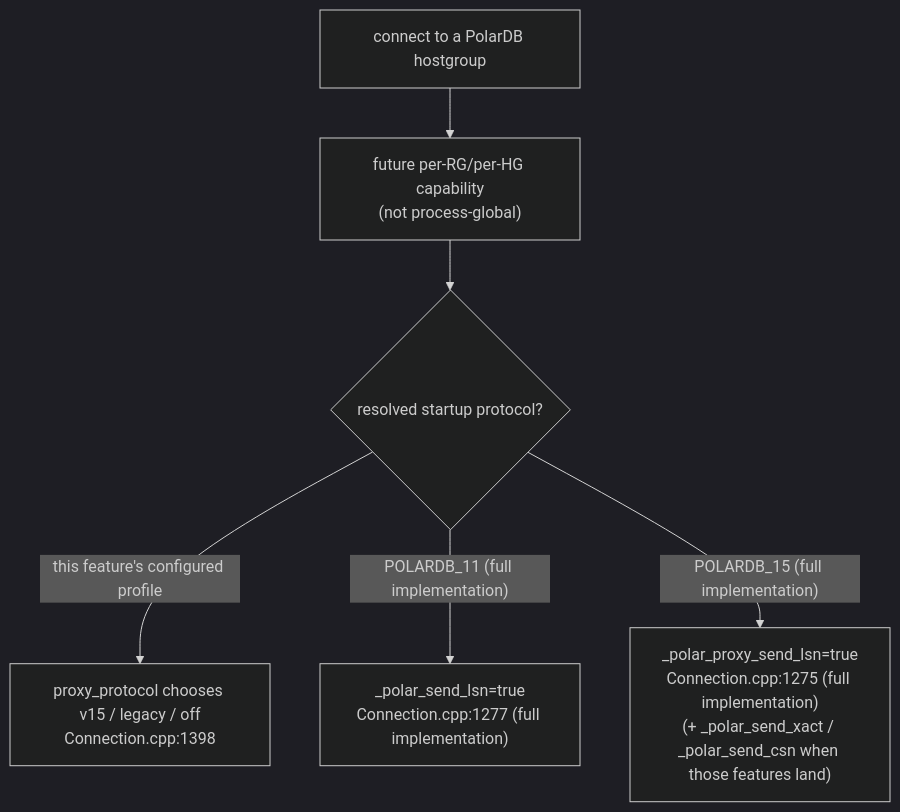
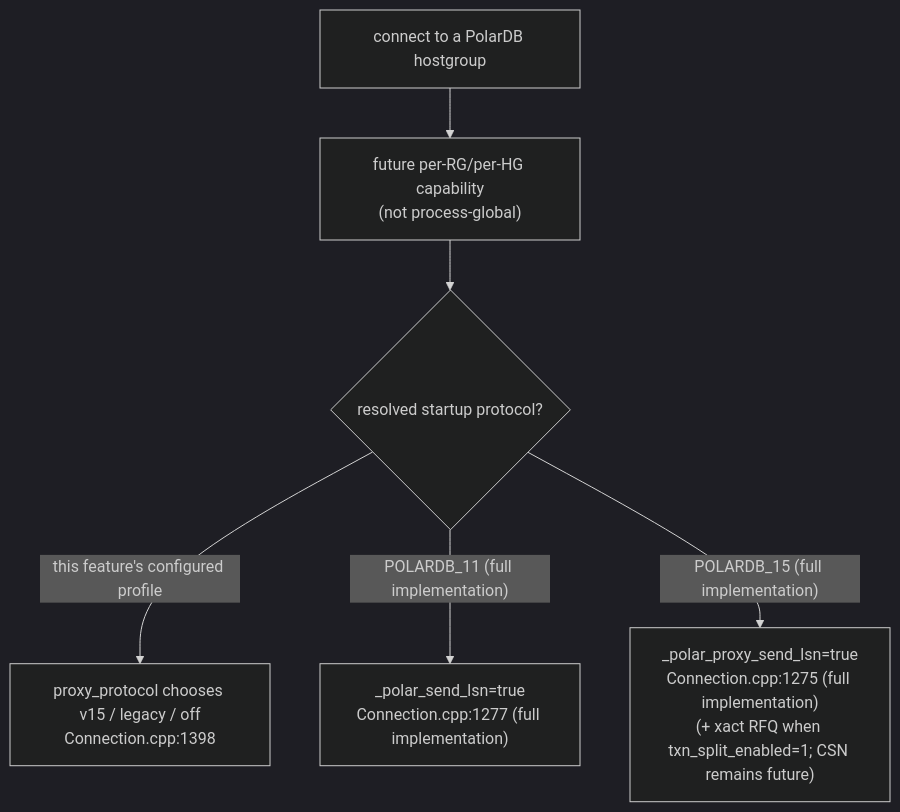
The fourth of 4 diagrams in doc/polardb-arch/21-FUTURE-OTHER-CAPABILITIES.md (awide-labs/polar-proxy), drawn with Mermaid (dark theme) before and after one commit. The commit also changed other lines of this file and 21 other files, not shown here.

````diff
--- a/doc/polardb-arch/21-FUTURE-OTHER-CAPABILITIES.md
+++ b/doc/polardb-arch/21-FUTURE-OTHER-CAPABILITIES.md
@@ -494,8 +497,8 @@
 ```mermaid
 flowchart TD
     A["connect to a PolarDB hostgroup"] --> B["future per-RG/per-HG capability<br/>(not process-global)"]
     B --> C{resolved startup protocol?}
     C -- "this feature's configured profile" --> D["proxy_protocol chooses v15 / legacy / off<br/>Connection.cpp:1398"]
     C -- "POLARDB_11 (full implementation)" --> E["_polar_send_lsn=true<br/>Connection.cpp:1277 (full implementation)"]
-    C -- "POLARDB_15 (full implementation)" --> F["_polar_proxy_send_lsn=true<br/>Connection.cpp:1275 (full implementation)<br/>(+ _polar_send_xact / _polar_send_csn when those features land)"]
+    C -- "POLARDB_15 (full implementation)" --> F["_polar_proxy_send_lsn=true<br/>Connection.cpp:1275 (full implementation)<br/>(+ xact RFQ when txn_split_enabled=1; CSN remains future)"]
 ```
````
